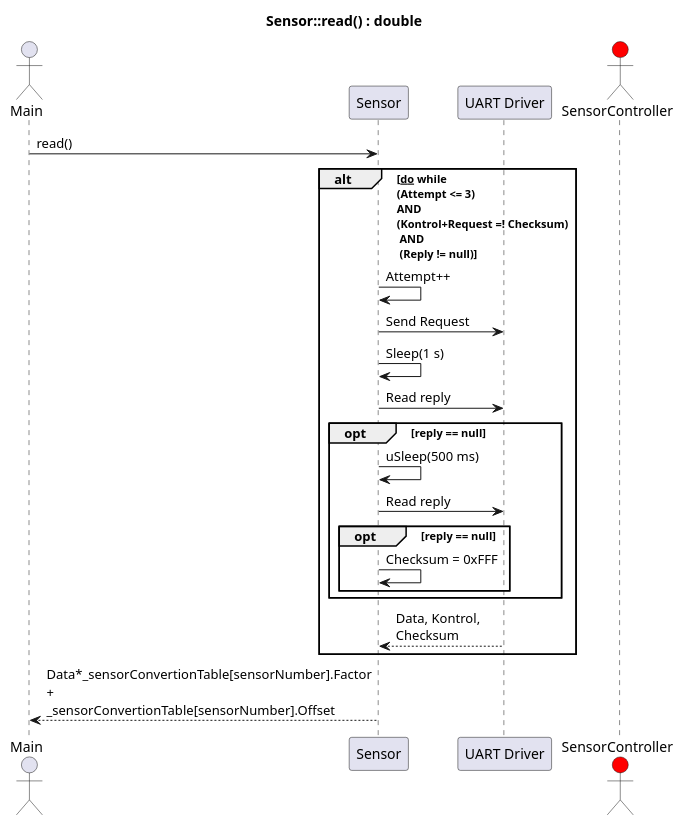
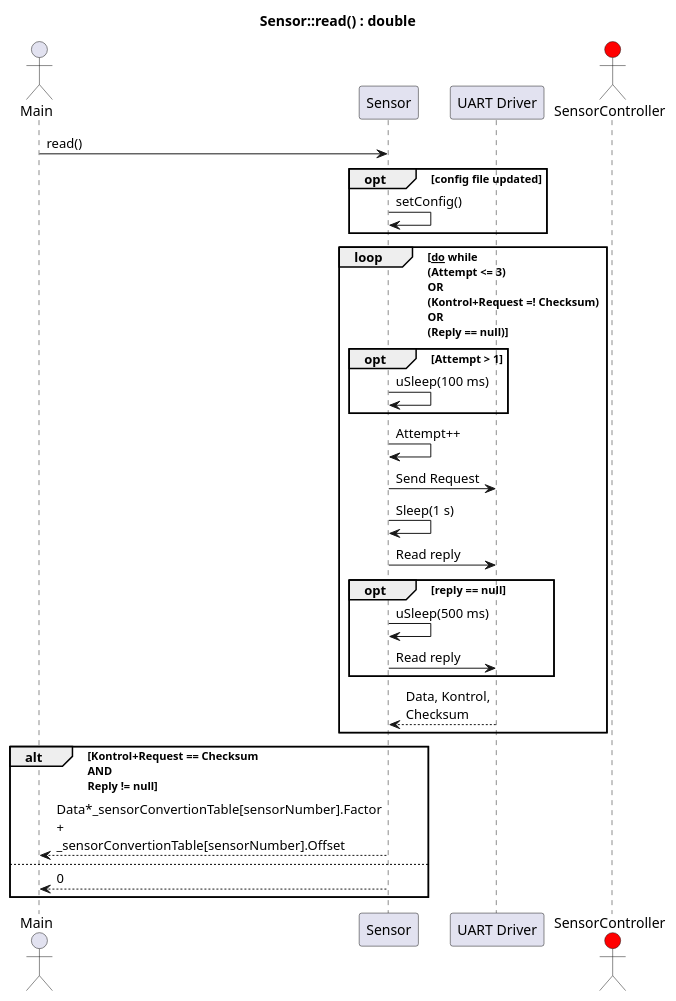
The diagram in Design/SE/SensorController Driver/SD_read.puml (Solvgraa-mager/E4PRJ4), drawn with PlantUML before and after one commit. The commit also changed 55 other files, not shown here.

```diff
--- a/Design/SE/SensorController Driver/SD_read.puml
+++ b/Design/SE/SensorController Driver/SD_read.puml
@@ -1,30 +1,41 @@
 @startuml SD_SensorControllerRead
 
 title Sensor::read() : double
 
 skinparam MaxMessageSize 150
 
 actor Main as Main
 participant Sensor as SD
 participant "UART Driver" as UART
 actor SensorController as SC #red
 
+
 Main -> SD : read()
-alt <u>do</u> while \n(Attempt <= 3) \nAND \n(Kontrol+Request =! Checksum) \n AND \n (Reply != null)
-SD -> SD : Attempt++
-SD -> UART : Send Request
-SD -> SD : Sleep(1 s)
-SD -> UART : Read reply
-opt reply == null
-    SD -> SD : uSleep(500 ms)
+
+opt config file updated
+SD -> SD : setConfig()
+end
+
+loop <u>do</u> while \n(Attempt <= 3) \nOR \n(Kontrol+Request =! Checksum) \nOR \n(Reply == null)
+    opt Attempt > 1
+        SD -> SD : uSleep(100 ms)
+    end opt
+    SD -> SD : Attempt++
+    SD -> UART : Send Request
+    SD -> SD : Sleep(1 s)
     SD -> UART : Read reply
     opt reply == null
-        SD -> SD : Checksum = 0xFFF
-    end opt 
-end opt
-UART --> SD : Data, Kontrol, Checksum
+        SD -> SD : uSleep(500 ms)
+        SD -> UART : Read reply
+    end opt
+    UART --> SD : Data, Kontrol, Checksum
+end loop
+
+alt Kontrol+Request == Checksum \nAND \nReply != null
+SD --> Main : Data*_sensorConvertionTable[sensorNumber].Factor + _sensorConvertionTable[sensorNumber].Offset
+else 
+SD --> Main : 0
 end alt
-SD --> Main : Data*_sensorConvertionTable[sensorNumber].Factor + _sensorConvertionTable[sensorNumber].Offset
 
 
 @enduml
```
